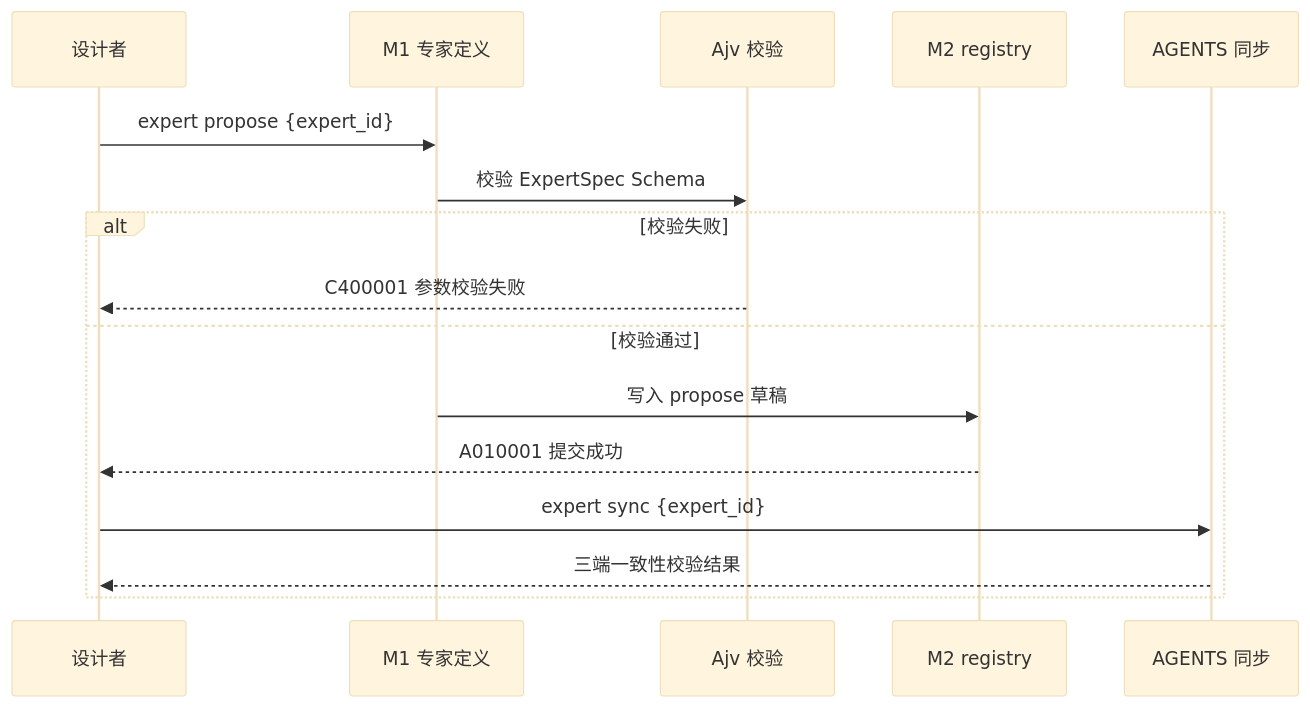
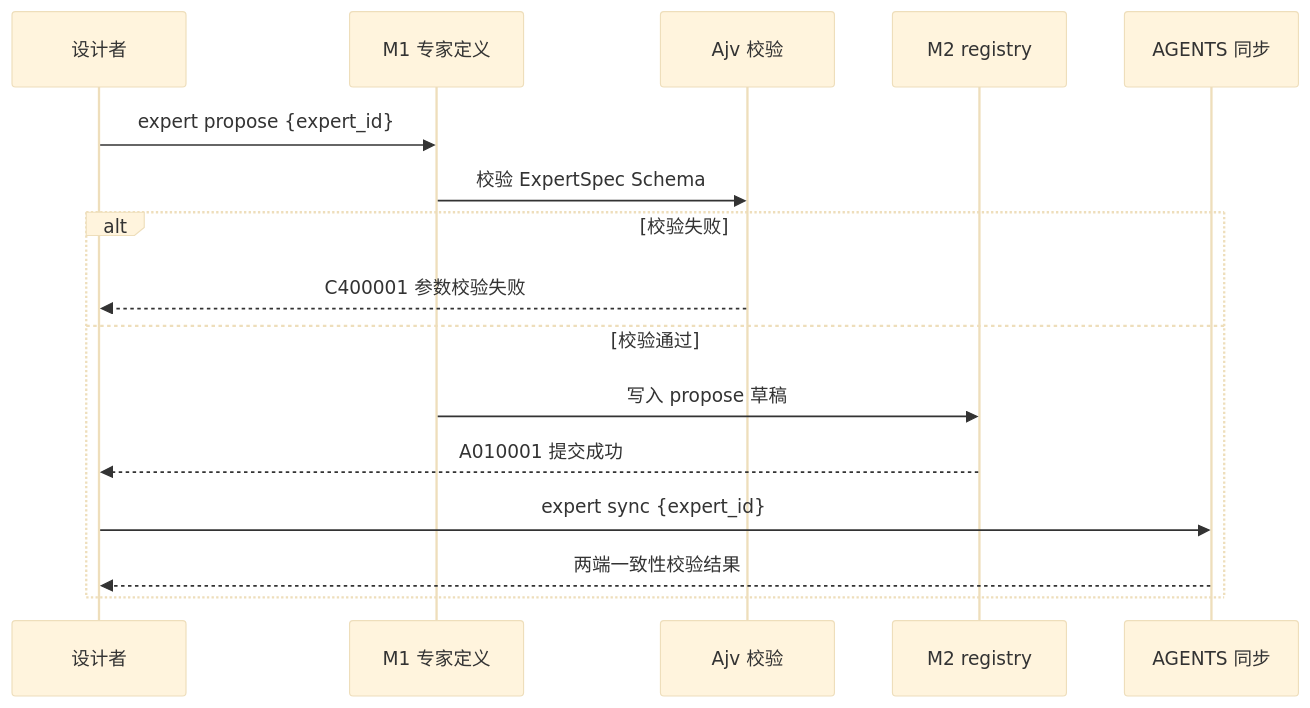
One commit to Ghost233/ghost-agent-market changed the fifth of 11 diagrams in delivery/系统设计.md. Above: the diagram before and after it, drawn with Mermaid (base theme). The commit also changed other lines of this file and 8 other files, not shown here.

````diff
--- a/delivery/系统设计.md
+++ b/delivery/系统设计.md
@@ -596,18 +596,18 @@
 ```mermaid
 sequenceDiagram
     participant D as 设计者
     participant M1 as M1 专家定义
     participant V as Ajv 校验
     participant M2 as M2 registry
     participant S as AGENTS 同步
     D->>M1: expert propose {expert_id}
     M1->>V: 校验 ExpertSpec Schema
     alt 校验失败
         V-->>D: C400001 参数校验失败
     else 校验通过
         M1->>M2: 写入 propose 草稿
         M2-->>D: A010001 提交成功
         D->>S: expert sync {expert_id}
-        S-->>D: 三端一致性校验结果
+        S-->>D: 两端一致性校验结果
     end
 ```
````
